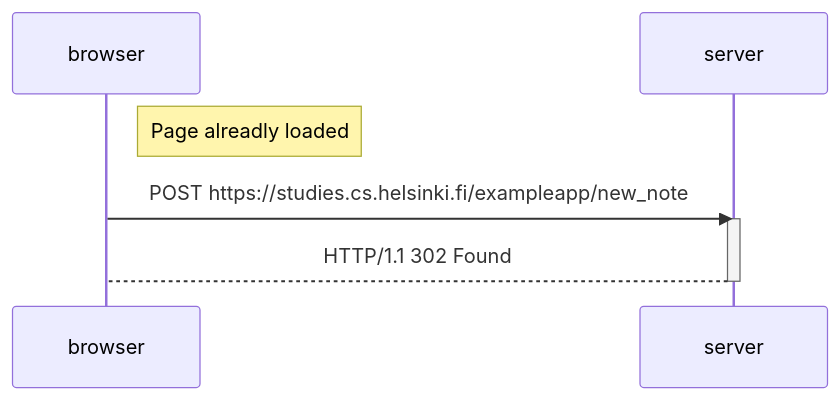
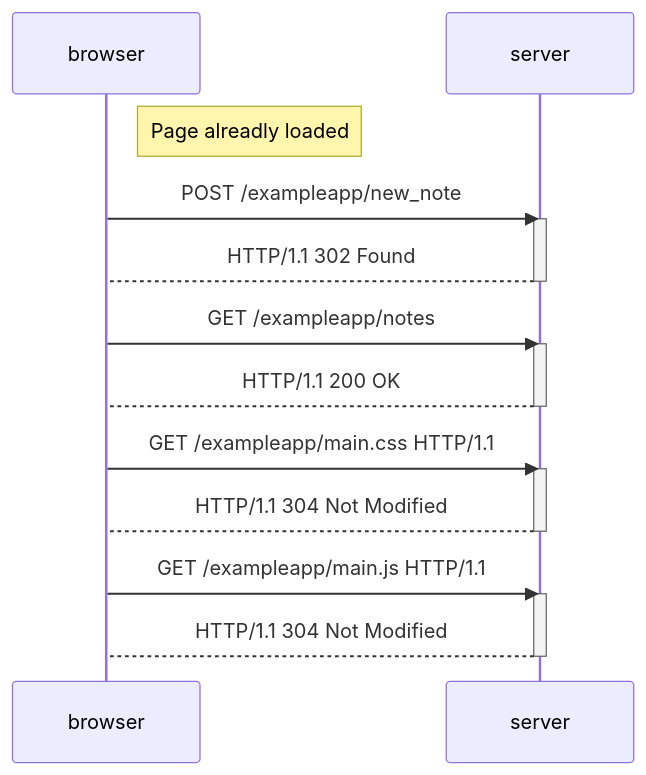
Before and after one commit to erdelp/fsopen-helsinki: the diagram in part0/0.4-new-note-diagram.md, drawn with Mermaid.

````diff
--- a/part0/0.4-new-note-diagram.md
+++ b/part0/0.4-new-note-diagram.md
@@ -1,13 +1,31 @@
 ```mermaid
 sequenceDiagram
   participant browser
   participant server
 
   Note right of browser: Page alreadly loaded
 
-  browser->>server: POST https://studies.cs.helsinki.fi/exampleapp/new_note
+  browser->>server: POST /exampleapp/new_note
   activate server
   server-->browser: HTTP/1.1 302 Found
   deactivate server
+
+
+  browser->>server: GET /exampleapp/notes
+  activate server
+  server-->browser: HTTP/1.1 200 OK
+  deactivate server
+
+  browser->>server: GET /exampleapp/main.css HTTP/1.1
+  activate server
+  server-->browser: HTTP/1.1 304 Not Modified
+  deactivate server
+
+  browser->>server: GET /exampleapp/main.js HTTP/1.1
+  activate server
+  server-->browser: HTTP/1.1 304 Not Modified
+  deactivate server
+
+
   
 ```
````
